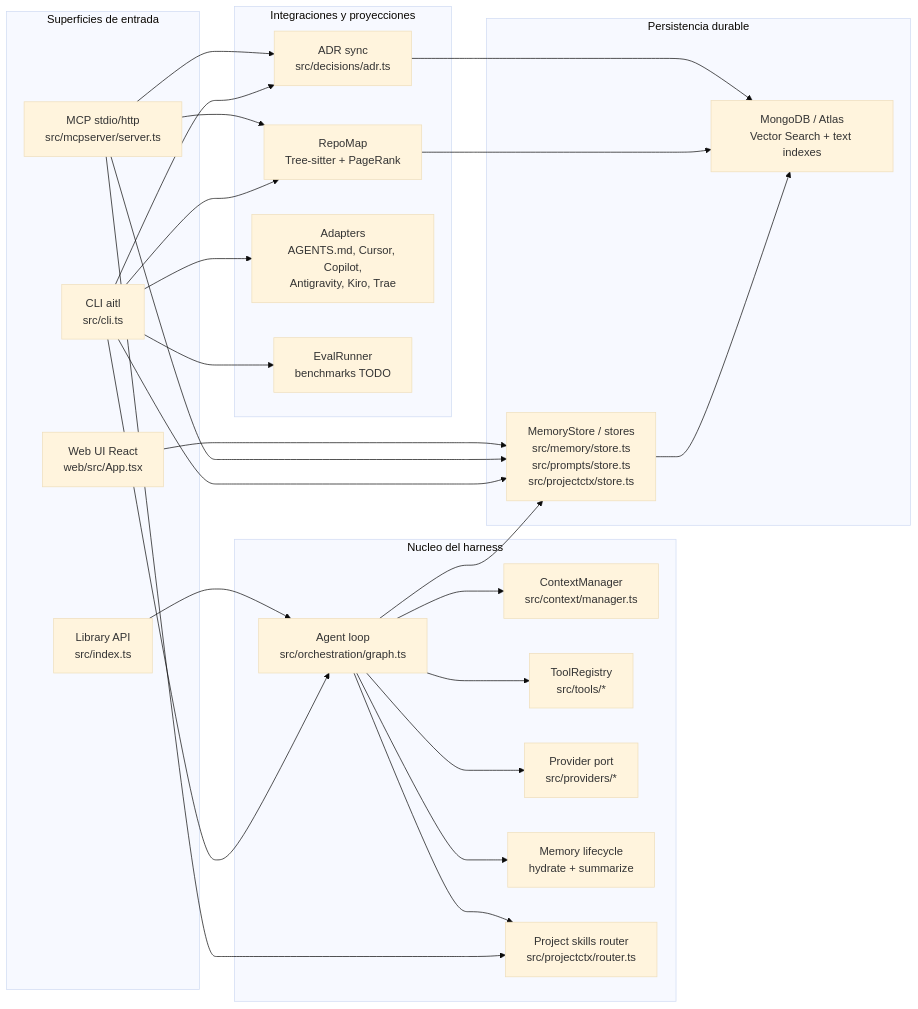
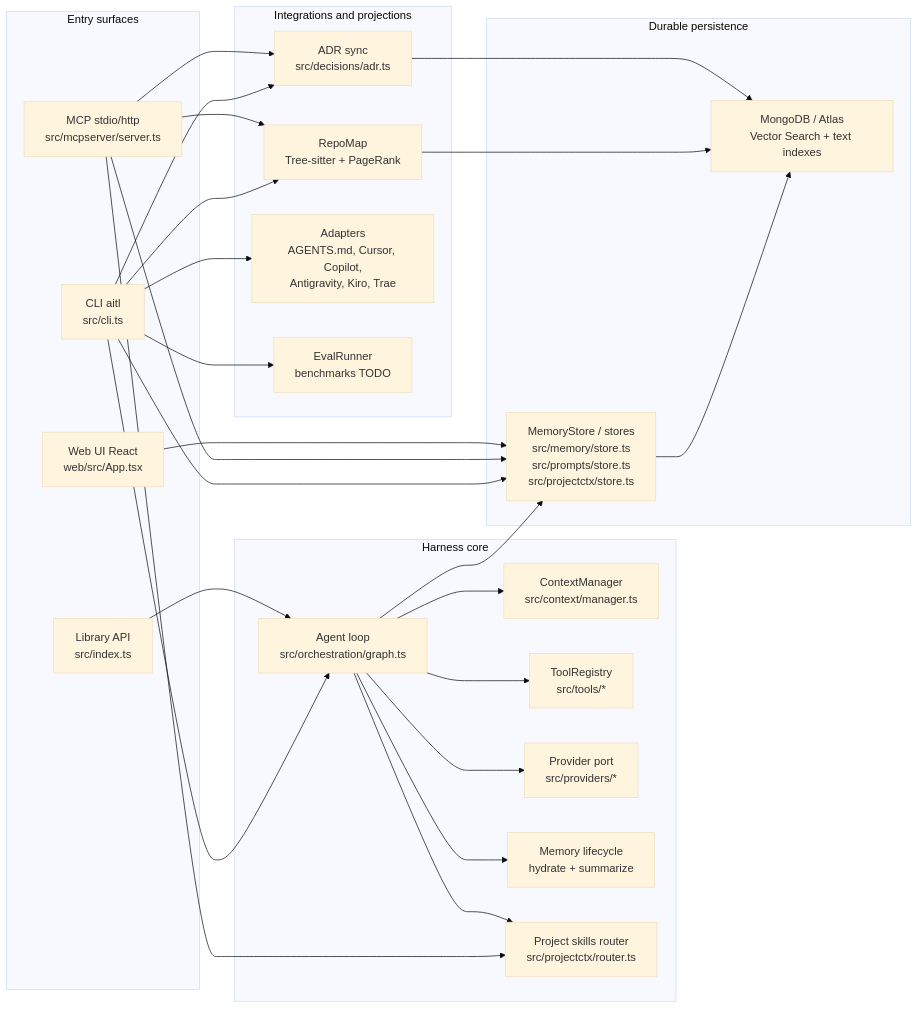
Before and after one commit to eversuelo/AITL-Harness-JS: the first of 5 diagrams in docs/ARQUITECTURA-AITL-JS.md, drawn with Mermaid (base theme). The commit also changed other lines of this file and 27 other files, not shown here.

````diff
--- a/docs/ARQUITECTURA-AITL-JS.md
+++ b/docs/ARQUITECTURA-AITL-JS.md
@@ -20,53 +28,53 @@
 ```mermaid
 flowchart LR
-  subgraph Entradas["Superficies de entrada"]
+  subgraph Entradas["Entry surfaces"]
     CLI["CLI aitl\nsrc/cli.ts"]
     MCP["MCP stdio/http\nsrc/mcpserver/server.ts"]
     WEB["Web UI React\nweb/src/App.tsx"]
     LIB["Library API\nsrc/index.ts"]
   end
 
-  subgraph Core["Nucleo del harness"]
+  subgraph Core["Harness core"]
     ORCH["Agent loop\nsrc/orchestration/graph.ts"]
     CTX["ContextManager\nsrc/context/manager.ts"]
     TOOLS["ToolRegistry\nsrc/tools/*"]
     PROVIDERS["Provider port\nsrc/providers/*"]
     MEMLIFE["Memory lifecycle\nhydrate + summarize"]
     SKILLS["Project skills router\nsrc/projectctx/router.ts"]
   end
 
-  subgraph Persistencia["Persistencia durable"]
+  subgraph Persistencia["Durable persistence"]
     STORE["MemoryStore / stores\nsrc/memory/store.ts\nsrc/prompts/store.ts\nsrc/projectctx/store.ts"]
     DB["MongoDB / Atlas\nVector Search + text indexes"]
   end
 
-  subgraph Integraciones["Integraciones y proyecciones"]
+  subgraph Integraciones["Integrations and projections"]
     REPO["RepoMap\nTree-sitter + PageRank"]
     ADR["ADR sync\nsrc/decisions/adr.ts"]
     ADAPT["Adapters\nAGENTS.md, Cursor, Copilot,\nAntigravity, Kiro, Trae"]
     EVAL["EvalRunner\nbenchmarks TODO"]
   end
 
   CLI --> ORCH
   CLI --> STORE
   CLI --> REPO
   CLI --> ADR
   CLI --> ADAPT
   CLI --> EVAL
   MCP --> STORE
   MCP --> REPO
   MCP --> ADR
   MCP --> SKILLS
   WEB --> STORE
   LIB --> ORCH
 
   ORCH --> CTX
   ORCH --> MEMLIFE
   ORCH --> SKILLS
   ORCH --> PROVIDERS
   ORCH --> TOOLS
   ORCH --> STORE
   STORE --> DB
   REPO --> DB
   ADR --> DB
 ```
````
